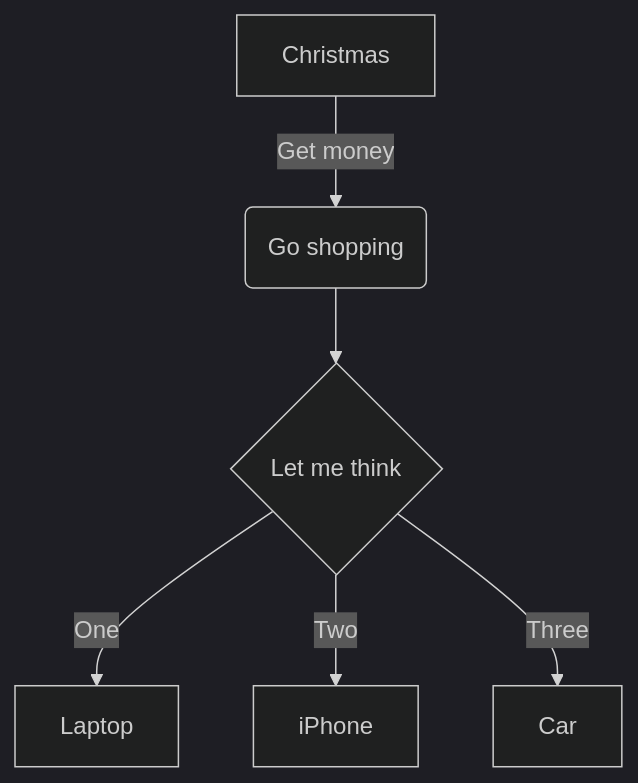
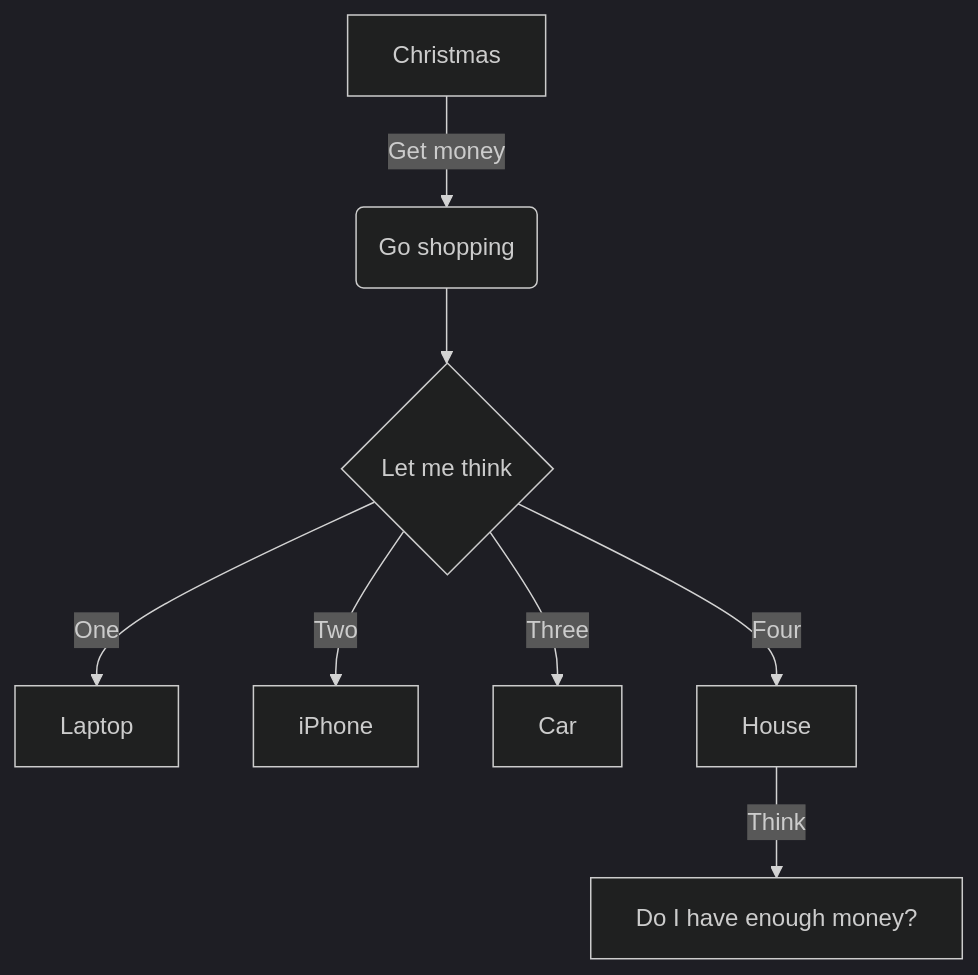
One commit to caraya/gulp-starter-2021 changed the diagram in src/md-content/mermaid-in-markdown.md. Above: the diagram before and after it, drawn with Mermaid (dark theme). The commit also changed 20 other files, not shown here.

````diff
--- a/src/md-content/mermaid-in-markdown.md
+++ b/src/md-content/mermaid-in-markdown.md
@@ -3,8 +3,10 @@
 ```mermaid
 graph TD
     A[Christmas] -->|Get money| B(Go shopping)
     B --> C{Let me think}
     C -->|One| D[Laptop]
     C -->|Two| E[iPhone]
     C -->|Three| F[Car]
+    C -->|Four | G[House]
+    G -->|Think | H[Do I have enough money?]
 ```
````
